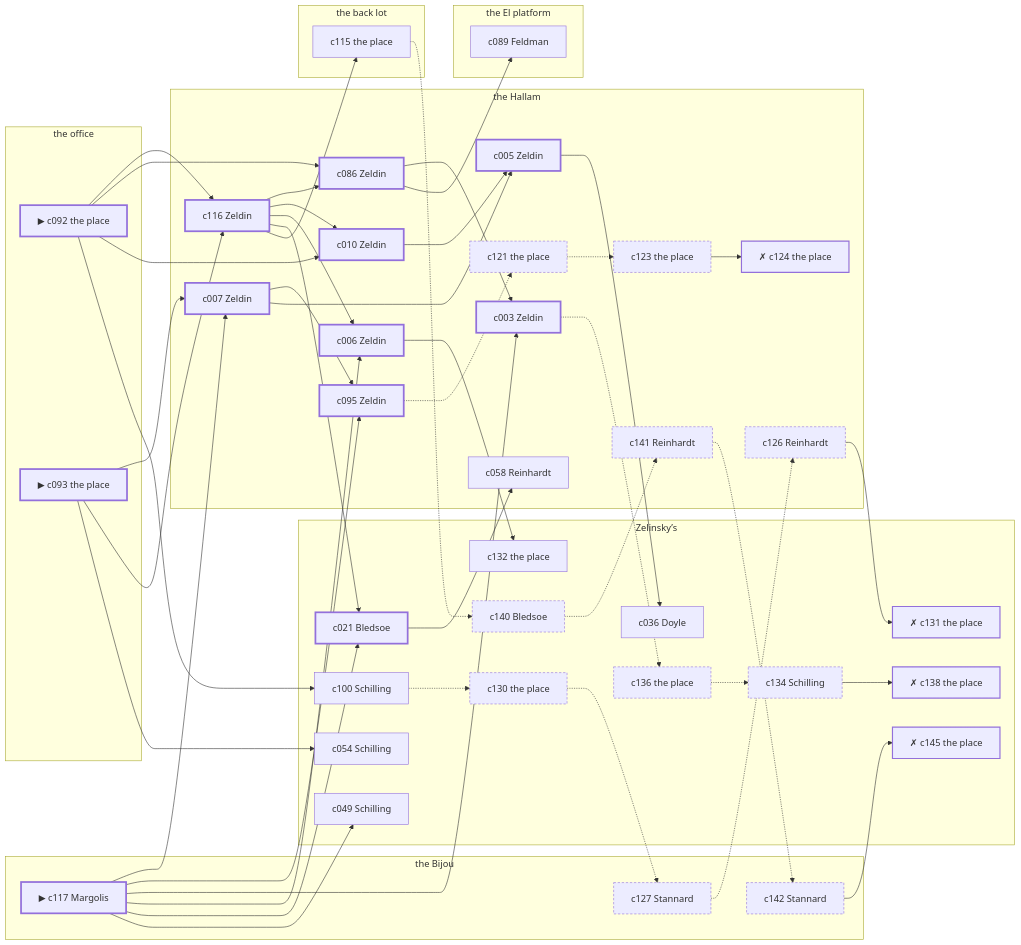
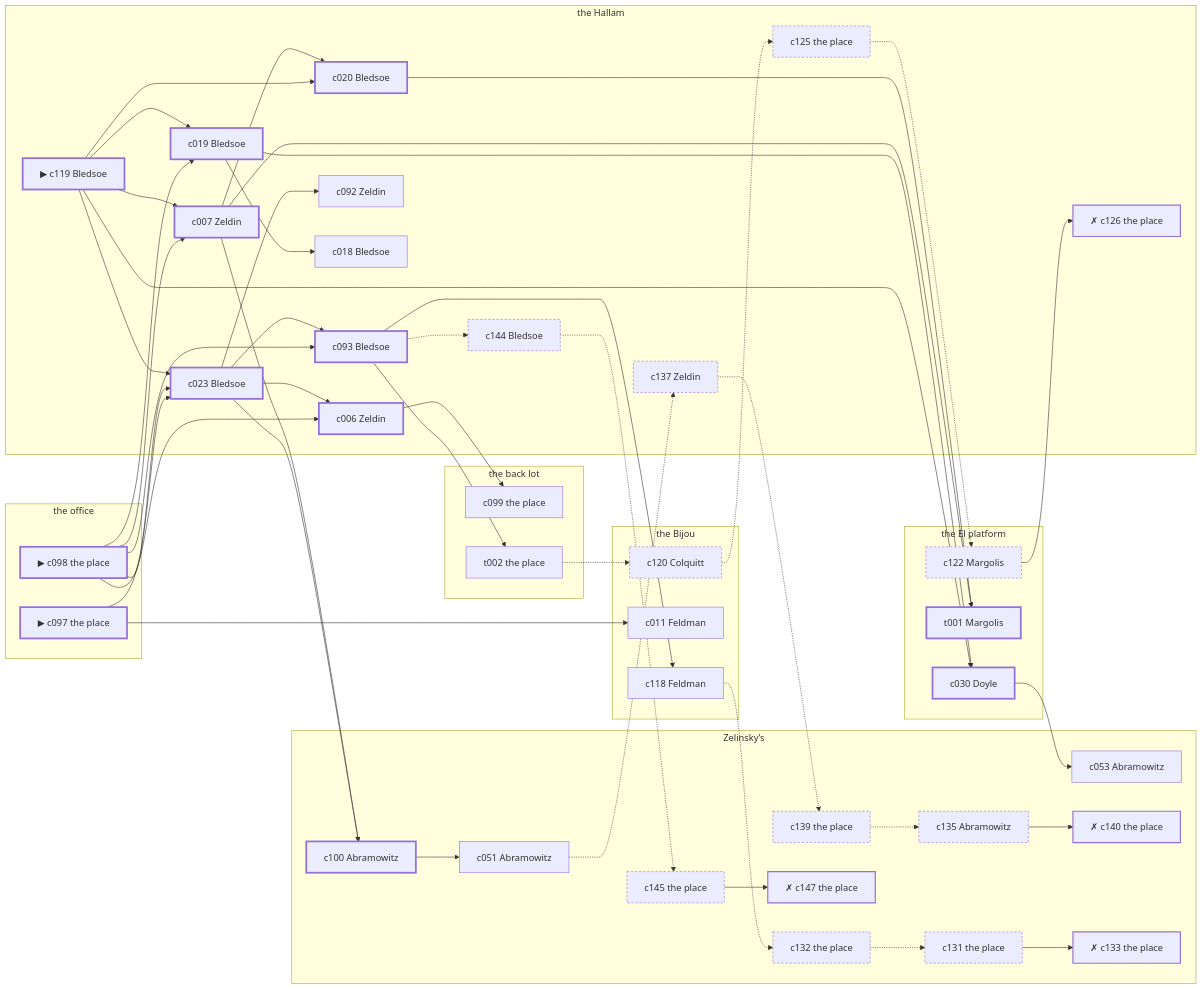
One commit to lyamshin/dashiell changed the diagram in docs/samples/case-16.md. Above: the diagram before and after it, drawn with Mermaid. The commit also changed other lines of this file and 110 other files, not shown here.

````diff
--- a/docs/samples/case-16.md
+++ b/docs/samples/case-16.md
@@ -318,97 +703,98 @@
 ```mermaid
 graph LR
   subgraph P1["Zelinsky’s"]
-    c021["c021 Bledsoe"]
-    c100["c100 Schilling"]
-    c036["c036 Doyle"]
-    c049["c049 Schilling"]
+    c100["c100 Abramowitz"]
+    c051["c051 Abramowitz"]
+    c053["c053 Abramowitz"]
+    c139["c139 the place"]
+    c135["c135 Abramowitz"]
+    c140["✗ c140 the place"]
+    c145["c145 the place"]
+    c147["✗ c147 the place"]
     c132["c132 the place"]
-    c054["c054 Schilling"]
-    c130["c130 the place"]
-    c131["✗ c131 the place"]
-    c140["c140 Bledsoe"]
-    c145["✗ c145 the place"]
-    c136["c136 the place"]
-    c134["c134 Schilling"]
-    c138["✗ c138 the place"]
+    c131["c131 the place"]
+    c133["✗ c133 the place"]
   end
   subgraph P2["the office"]
-    c092["▶ c092 the place"]
-    c093["▶ c093 the place"]
+    c097["▶ c097 the place"]
+    c098["▶ c098 the place"]
   end
   subgraph P3["the Hallam"]
+    c119["▶ c119 Bledsoe"]
+    c023["c023 Bledsoe"]
     c007["c007 Zeldin"]
-    c116["c116 Zeldin"]
-    c095["c095 Zeldin"]
-    c086["c086 Zeldin"]
-    c003["c003 Zeldin"]
-    c010["c010 Zeldin"]
     c006["c006 Zeldin"]
-    c005["c005 Zeldin"]
-    c058["c058 Reinhardt"]
-    c126["c126 Reinhardt"]
-    c141["c141 Reinhardt"]
-    c121["c121 the place"]
-    c123["c123 the place"]
-    c124["✗ c124 the place"]
+    c093["c093 Bledsoe"]
+    c020["c020 Bledsoe"]
+    c019["c019 Bledsoe"]
+    c092["c092 Zeldin"]
+    c018["c018 Bledsoe"]
+    c137["c137 Zeldin"]
+    c125["c125 the place"]
+    c126["✗ c126 the place"]
+    c144["c144 Bledsoe"]
   end
   subgraph P4["the Bijou"]
-    c117["▶ c117 Margolis"]
-    c127["c127 Stannard"]
-    c142["c142 Stannard"]
+    c118["c118 Feldman"]
+    c011["c011 Feldman"]
+    c120["c120 Colquitt"]
   end
   subgraph P5["the back lot"]
-    c115["c115 the place"]
+    c099["c099 the place"]
+    t002["t002 the place"]
   end
   subgraph P6["the El platform"]
-    c089["c089 Feldman"]
+    c030["c030 Doyle"]
+    t001["t001 Margolis"]
+    c122["c122 Margolis"]
   end
-  c092 --> c116
-  c092 --> c086
-  c092 --> c010
-  c092 --> c100
-  c093 --> c007
-  c093 --> c116
-  c093 --> c054
-  c117 --> c007
-  c117 --> c095
-  c117 --> c003
-  c117 --> c006
-  c117 --> c021
-  c117 --> c049
-  c007 --> c095
-  c007 --> c005
-  c116 --> c086
-  c116 --> c010
-  c116 --> c006
-  c116 --> c021
-  c116 --> c115
-  c095 -.-> c121
-  c086 --> c003
-  c086 --> c089
-  c003 -.-> c136
-  c010 --> c005
-  c006 --> c132
-  c005 --> c036
-  c021 --> c058
-  c115 -.-> c140
-  c100 -.-> c130
-  c130 -.-> c127
-  c127 -.-> c126
-  c126 --> c131
-  c140 -.-> c141
-  c141 -.-> c142
-  c142 --> c145
-  c136 -.-> c134
-  c134 --> c138
-  c121 -.-> c123
-  c123 --> c124
+  c097 --> c023
+  c097 --> c011
+  c098 --> c023
+  c098 --> c007
+  c098 --> c006
+  c098 --> c093
+  c098 --> c019
+  c119 --> c023
+  c119 --> c007
+  c119 --> c020
+  c119 --> c019
+  c119 --> c030
+  c023 --> c006
+  c023 --> c093
+  c023 --> c100
+  c023 --> c092
+  c007 --> c020
+  c007 --> t001
+  c007 --> c100
+  c006 --> c099
+  c093 --> c118
+  c093 --> t002
+  c093 -.-> c144
+  c020 --> t001
+  c019 --> c030
+  c019 --> c018
+  c030 --> c053
+  c100 --> c051
+  c118 -.-> c132
+  t002 -.-> c120
+  c051 -.-> c137
+  c137 -.-> c139
+  c139 -.-> c135
+  c135 --> c140
+  c120 -.-> c125
+  c125 -.-> c122
+  c122 --> c126
+  c144 -.-> c145
+  c145 --> c147
+  c132 -.-> c131
+  c131 --> c133
   classDef spine stroke-width:3px;
   classDef corrob stroke-width:1px;
   classDef noise stroke-dasharray: 4 3;
   classDef disq stroke-width:2px,stroke-dasharray: 1 0;
-  class c092,c093,c117,c007,c116,c095,c086,c003,c010,c006,c005,c021 spine;
-  class c089,c115,c100,c036,c058,c049,c132,c054 corrob;
-  class c130,c127,c126,c140,c141,c142,c136,c134,c121,c123 noise;
-  class c131,c145,c138,c124 disq;
+  class c097,c098,c119,c023,c007,c006,c093,c020,c019,c030,t001,c100 spine;
+  class c099,c118,c011,t002,c092,c018,c051,c053 corrob;
+  class c137,c139,c135,c120,c125,c122,c144,c145,c132,c131 noise;
+  class c140,c126,c147,c133 disq;
 ```
````
